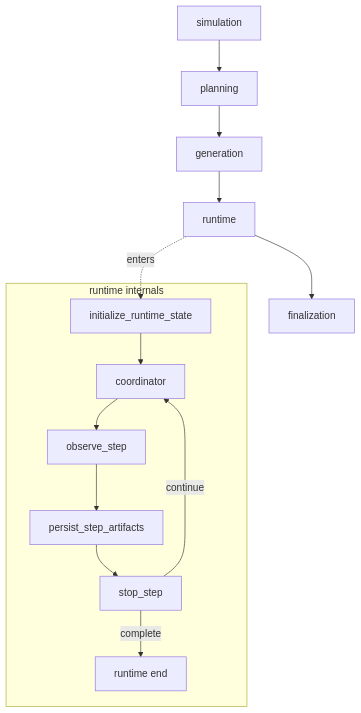
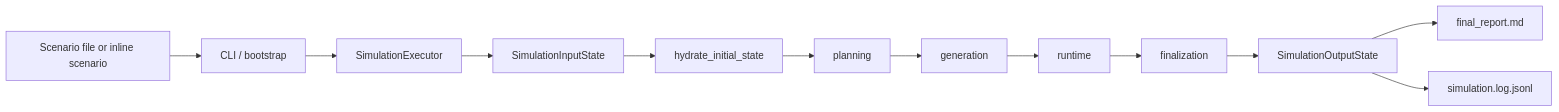
Before and after one commit to keonho-kim/simula: the diagram in README.md, drawn with Mermaid. The commit also changed other lines of this file and 98 other files, not shown here.

````diff
--- a/README.md
+++ b/README.md
@@ -94,18 +54,14 @@
 ```mermaid
-flowchart TD
-    Simulation["simulation"] --> Planning["planning"]
+flowchart LR
+    Scenario["Scenario file or inline scenario"] --> CLI["CLI / bootstrap"]
+    CLI --> Executor["SimulationExecutor"]
+    Executor --> Input["SimulationInputState"]
+    Input --> Hydrate["hydrate_initial_state"]
+    Hydrate --> Planning["planning"]
     Planning --> Generation["generation"]
     Generation --> Runtime["runtime"]
     Runtime --> Finalization["finalization"]
-
-    subgraph RuntimeLoop["runtime internals"]
-        RuntimeInit["initialize_runtime_state"] --> Coordinator["coordinator"]
-        Coordinator --> Observe["observe_step"]
-        Observe --> Persist["persist_step_artifacts"]
-        Persist --> Stop["stop_step"]
-        Stop -- continue --> Coordinator
-        Stop -- complete --> RuntimeDone["runtime end"]
-    end
-
-    Runtime -. enters .-> RuntimeInit
+    Finalization --> Output["SimulationOutputState"]
+    Output --> Report["final_report.md"]
+    Output --> Log["simulation.log.jsonl"]
 ```
````
